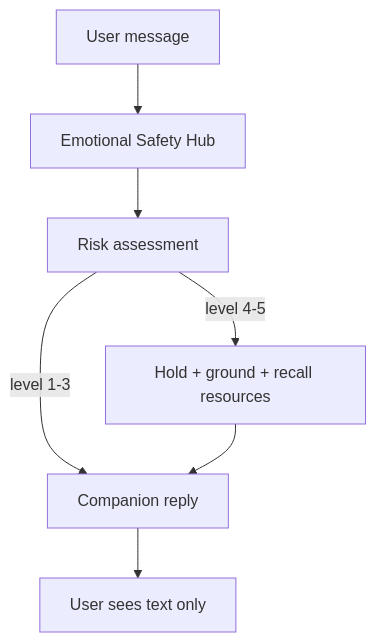
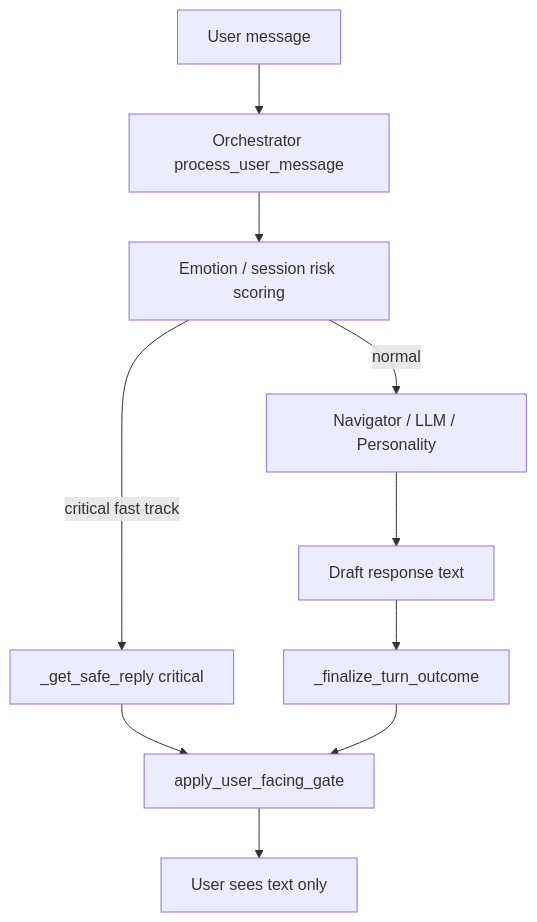
One commit to Raven777494/vita_jul2026 changed the first of 3 diagrams in docs/architecture/safety-critical-path.md. Above: the diagram before and after it, drawn with Mermaid. The commit also changed other lines of this file and 11 other files, not shown here.

Commit message:
P3-3: ADR-001 single safety path and orchestrator companion gate

````diff
--- a/docs/architecture/safety-critical-path.md
+++ b/docs/architecture/safety-critical-path.md
@@ -7,9 +7,12 @@
 ```mermaid
 flowchart TD
-  IN[User message] --> HUB[Emotional Safety Hub]
-  HUB --> RISK[Risk assessment]
-  RISK -->|level 1-3| REPLY[Companion reply]
-  RISK -->|level 4-5| HOLD[Hold + ground + recall resources]
-  HOLD --> REPLY
-  REPLY --> OUT[User sees text only]
+  IN[User message] --> ORCH[Orchestrator process_user_message]
+  ORCH --> RISK[Emotion / session risk scoring]
+  RISK -->|critical fast track| SAFE[_get_safe_reply critical]
+  RISK -->|normal| PIPE[Navigator / LLM / Personality]
+  PIPE --> DRAFT[Draft response text]
+  SAFE --> GATE[apply_user_facing_gate]
+  DRAFT --> FINAL[_finalize_turn_outcome]
+  FINAL --> GATE
+  GATE --> OUT[User sees text only]
 ```
````
